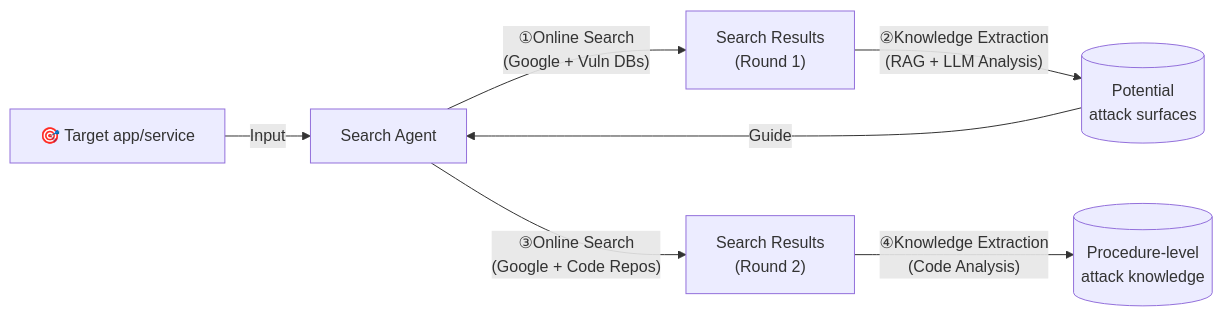
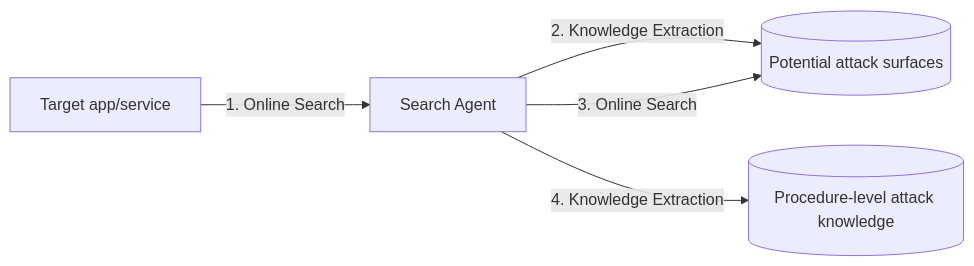
Before and after one commit to nishan-paul-2022/cmatrix-agentic-red-team: the third of 6 diagrams in docs/paper-research/md-downloaded-paper-curated/13-pentestagent-incorporating-llm-agents-to-automated.md, drawn with Mermaid. The commit also changed other lines of this file and 52 other files, not shown here.

````diff
--- a/docs/paper-research/md-downloaded-paper-curated/13-pentestagent-incorporating-llm-agents-to-automated.md
+++ b/docs/paper-research/md-downloaded-paper-curated/13-pentestagent-incorporating-llm-agents-to-automated.md
@@ -385,11 +291,8 @@
 ```mermaid
-flowchart LR
-    APP["🎯 Target app/service"] -->|Input| SA[Search Agent]
 
-    SA -->|"①Online Search\n(Google + Vuln DBs)"| R1["Search Results\n(Round 1)"]
-    R1 -->|"②Knowledge Extraction\n(RAG + LLM Analysis)"| PA[(Potential\nattack surfaces)]
-
-    PA -->|Guide| SA
-    SA -->|"③Online Search\n(Google + Code Repos)"| R2["Search Results\n(Round 2)"]
-    R2 -->|"④Knowledge Extraction\n(Code Analysis)"| PK[(Procedure-level\nattack knowledge)]
+graph LR
+    Target[Target app/service] -- 1. Online Search --> SearchAgent[Search Agent]
+    SearchAgent -- 2. Knowledge Extraction --> PotAttackDB[(Potential attack surfaces)]
+    SearchAgent -- 3. Online Search --> PotAttackDB
+    SearchAgent -- 4. Knowledge Extraction --> ProcAttackDB[(Procedure-level attack knowledge)]
 ```
````
